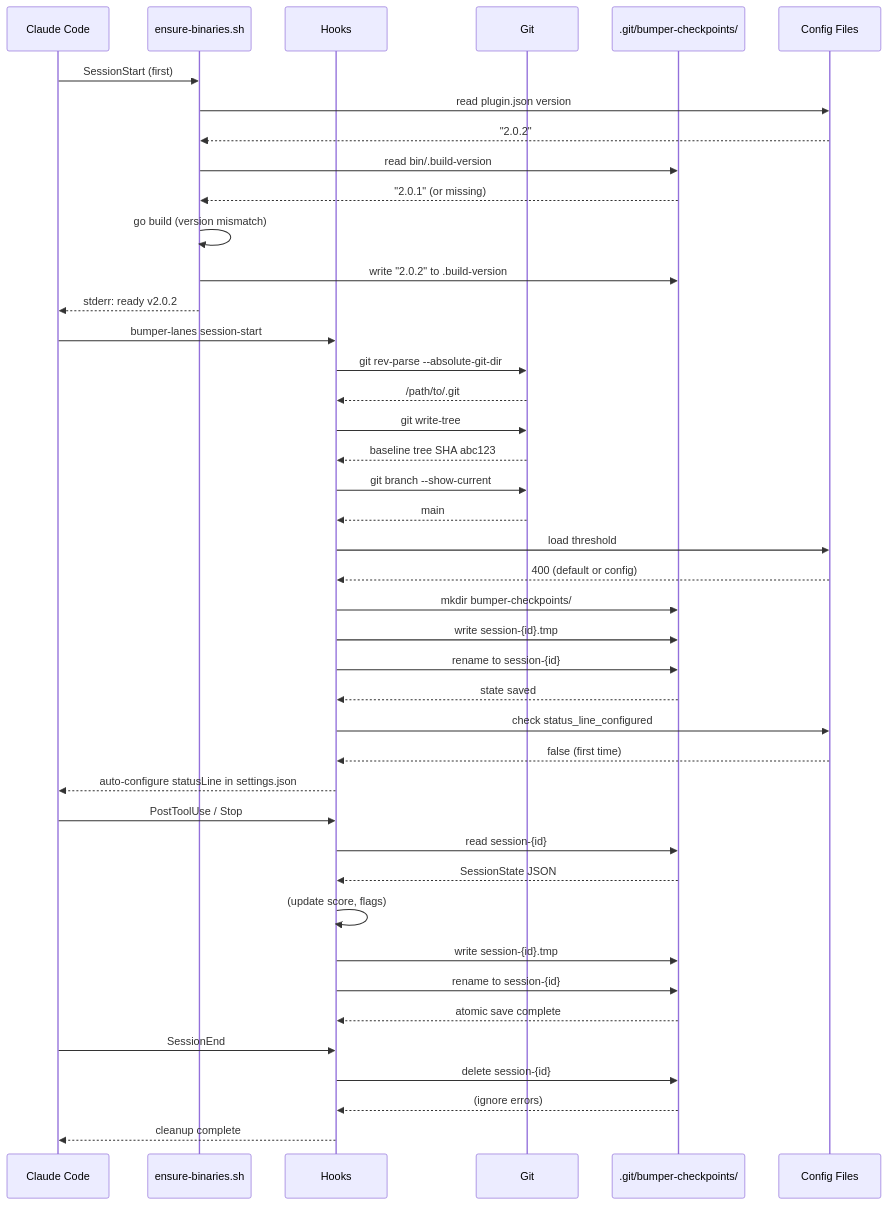
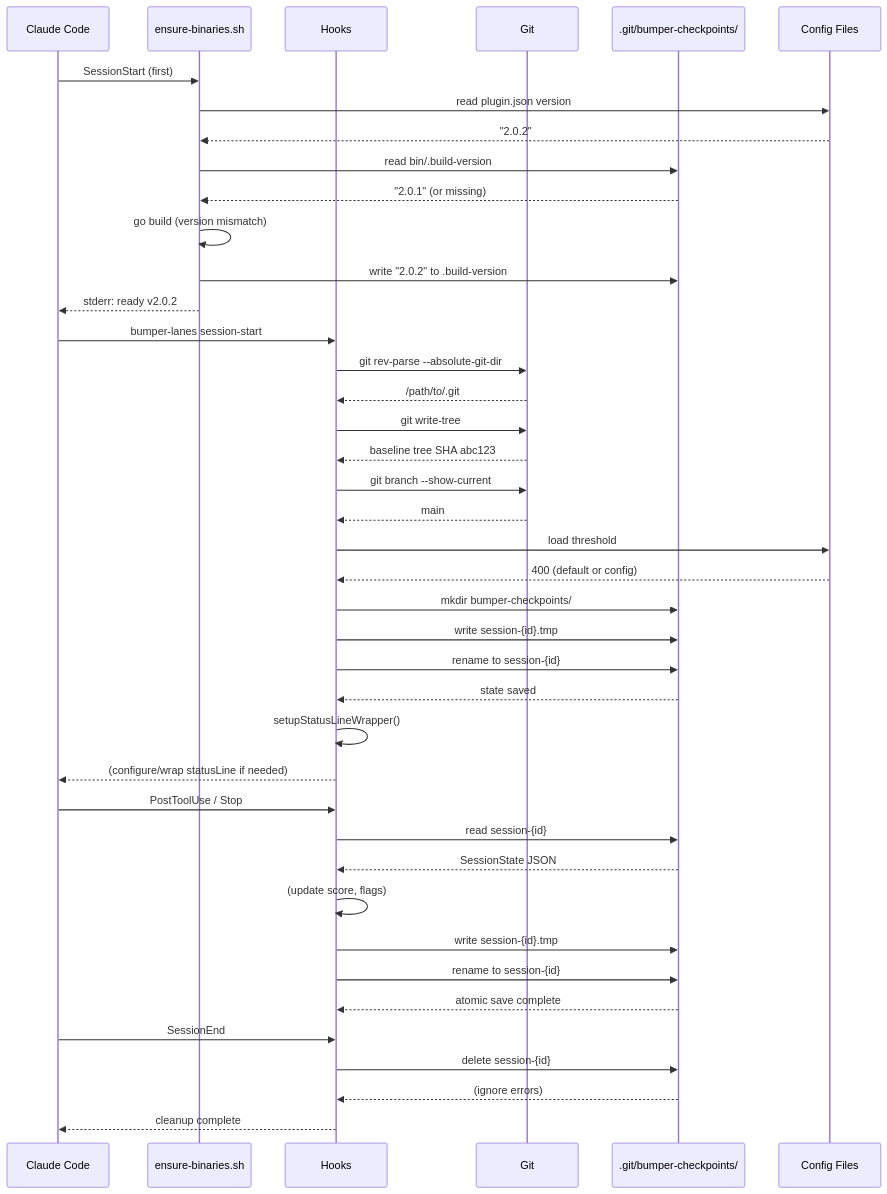
The diagram in docs/session-lifecycle-sequence.mmd (kylesnowschwartz/claude-bumper-lanes), drawn with Mermaid before and after one commit. The commit also changed 5 other files, not shown here.

First line of the commit message:
docs: sync sequence diagrams with recent code changes

```diff
--- a/docs/session-lifecycle-sequence.mmd
+++ b/docs/session-lifecycle-sequence.mmd
@@ -1,108 +1,108 @@
 %% Session Lifecycle: Checkpoint creation, updates, and cleanup
 %% Render: cat session-lifecycle-sequence.mmd | mermaid-ascii -f -
 %% Focus: State persistence in .git/bumper-checkpoints/
 
 sequenceDiagram
     participant CC as Claude Code
     participant Bin as ensure-binaries.sh
     participant Hook as Hooks
     participant Git
     participant FS as .git/bumper-checkpoints/
     participant Cfg as Config Files
 
     %% === BINARY VERSION CHECK (ensure-binaries.sh) ===
     CC->>Bin: SessionStart (first)
     Bin->>Cfg: read plugin.json version
     Cfg-->>Bin: "2.0.2"
     Bin->>FS: read bin/.build-version
     FS-->>Bin: "2.0.1" (or missing)
     Bin->>Bin: go build (version mismatch)
     Bin->>FS: write "2.0.2" to .build-version
     Bin-->>CC: stderr: ready v2.0.2
 
     %% === SESSION START ===
     CC->>Hook: bumper-lanes session-start
     Hook->>Git: git rev-parse --absolute-git-dir
     Git-->>Hook: /path/to/.git
     Hook->>Git: git write-tree
     Git-->>Hook: baseline tree SHA abc123
     Hook->>Git: git branch --show-current
     Git-->>Hook: main
     Hook->>Cfg: load threshold
     Cfg-->>Hook: 400 (default or config)
 
     %% Create checkpoint directory and state file
     Hook->>FS: mkdir bumper-checkpoints/
     Hook->>FS: write session-{id}.tmp
     Hook->>FS: rename to session-{id}
     FS-->>Hook: state saved
 
-    %% One-time auto-setup check
-    Hook->>Cfg: check status_line_configured
-    Cfg-->>Hook: false (first time)
-    Hook-->>CC: auto-configure statusLine in settings.json
+    %% Idempotent auto-setup check
+    Hook->>Hook: setupStatusLineWrapper()
+    Hook-->>CC: (configure/wrap statusLine if needed)
 
     %% === DURING SESSION (each hook call) ===
     CC->>Hook: PostToolUse / Stop
     Hook->>FS: read session-{id}
     FS-->>Hook: SessionState JSON
     Hook->>Hook: (update score, flags)
     Hook->>FS: write session-{id}.tmp
     Hook->>FS: rename to session-{id}
     FS-->>Hook: atomic save complete
 
     %% === SESSION END ===
     CC->>Hook: SessionEnd
     Hook->>FS: delete session-{id}
     FS-->>Hook: (ignore errors)
     Hook-->>CC: cleanup complete
 
 %% ============================================================
 %% VALIDATION REFERENCES
 %% ============================================================
 %% - ensure-binaries.sh: scripts/ensure-binaries.sh (version sentinel)
-%% - SessionStart: internal/hooks/session_start.go:16-52
-%% - State New(): internal/state/session.go:135-153
-%% - State Save(): internal/state/session.go:90-133 (atomic write)
-%% - State Load(): internal/state/session.go:66-88
-%% - State Delete(): internal/state/session.go:155-162
+%% - SessionStart: internal/hooks/session_start.go:28-67
+%% - setupStatusLineWrapper: internal/hooks/session_start.go:112-182
+%% - State New(): internal/state/session.go:135-152
+%% - State Save(): internal/state/session.go:91-132 (atomic write)
+%% - State Load(): internal/state/session.go:67-87
+%% - State Delete(): internal/state/session.go:155-161
 %% - SessionEnd: internal/hooks/session_end.go:9-13
-%% - Checkpoint dir: internal/state/session.go:35-45
+%% - Checkpoint dir: internal/state/session.go:36-44
 %%
 %% STATE FILE LOCATION
 %% Path: {git-dir}/bumper-checkpoints/session-{session_id}
 %% - Uses --absolute-git-dir for worktree support
 %% - Each worktree gets isolated checkpoints
 %%
 %% STATE FILE CONTENTS (JSON)
 %% {
 %%   "session_id": "abc123",
 %%   "baseline_tree": "def456",
 %%   "baseline_branch": "main",
 %%   "score": 125,
 %%   "threshold_limit": 400,
 %%   "stop_triggered": false,
 %%   "paused": false,
 %%   "view_mode": "tree",
 %%   "view_opts": "--width 80",
 %%   "created_at": "2024-01-15T10:30:00Z",
 %%   "repo_path": "/path/to/repo"
 %% }
 %%
 %% ATOMIC WRITES
 %% 1. Write to session-{id}.tmp
 %% 2. Rename to session-{id}
 %% Prevents race conditions between parallel hooks
 %%
 %% VERSION SENTINEL
 %% Path: bin/.build-version
 %% - Contains plugin version that binaries were built for
 %% - Compared against .claude-plugin/plugin.json on SessionStart
 %% - Triggers rebuild on version mismatch (plugin update scenario)
 %% - Fast path (~33ms) when version matches and binaries exist
 %%
 %% PAIN POINTS
 %% 1. State read/write on every hook call (I/O overhead)
 %% 2. No cleanup of orphaned checkpoints if session crashes
 %% 3. Checkpoint dir accumulates lock files on crashes
 %% 4. No state versioning - schema changes break old files
```
